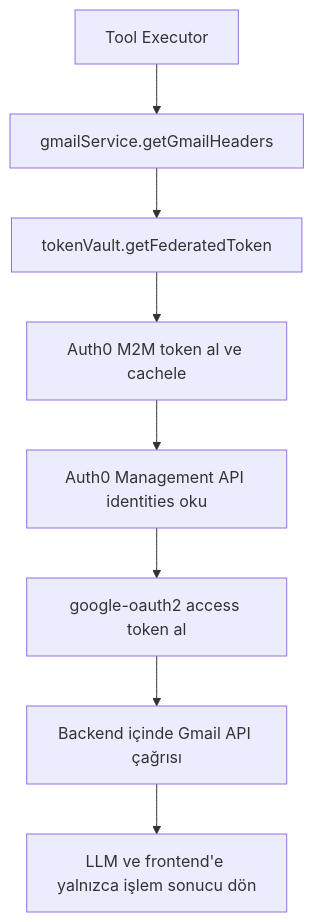
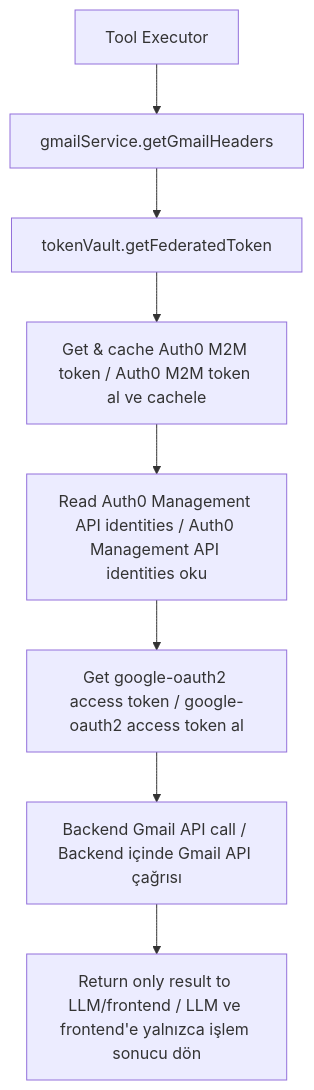
One commit to knowhycodata/knowhy_auth0 changed the second of 5 diagrams in README.md. Above: the diagram before and after it, drawn with Mermaid. The commit also changed other lines of this file, not shown here.

````diff
--- a/README.md
+++ b/README.md
@@ -190,10 +202,10 @@
 ```mermaid
 flowchart TD
     A["Tool Executor"] --> B["gmailService.getGmailHeaders"]
     B --> C["tokenVault.getFederatedToken"]
-    C --> D["Auth0 M2M token al ve cachele"]
-    D --> E["Auth0 Management API identities oku"]
-    E --> F["google-oauth2 access token al"]
-    F --> G["Backend içinde Gmail API çağrısı"]
-    G --> H["LLM ve frontend'e yalnızca işlem sonucu dön"]
+    C --> D["Get & cache Auth0 M2M token / Auth0 M2M token al ve cachele"]
+    D --> E["Read Auth0 Management API identities / Auth0 Management API identities oku"]
+    E --> F["Get google-oauth2 access token / google-oauth2 access token al"]
+    F --> G["Backend Gmail API call / Backend içinde Gmail API çağrısı"]
+    G --> H["Return only result to LLM/frontend / LLM ve frontend'e yalnızca işlem sonucu dön"]
 ```
````
